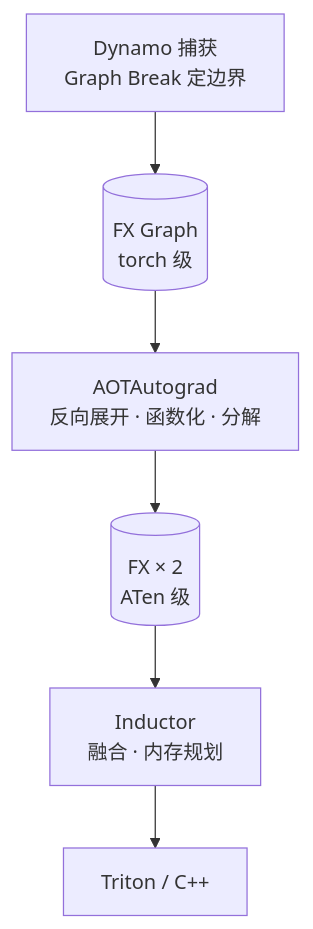
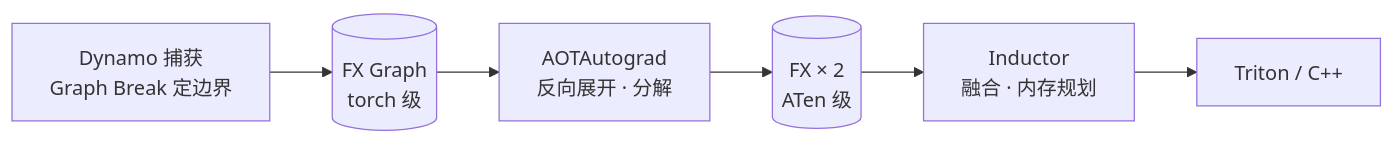
Before and after one commit to arganzheng/arganzheng.github.com: the eighth of 9 diagrams in slides/2026-02-26-deep-dive-into-pytorch.md, drawn with Mermaid. The commit also changed other lines of this file, not shown here.

Commit message:
slides(2026-02-26-deep-dive-into-pytorch): 图内文字 ≥14px——标签缩短/拆分/Unicode 数学

````diff
--- a/slides/2026-02-26-deep-dive-into-pytorch.md
+++ b/slides/2026-02-26-deep-dive-into-pytorch.md
@@ -252,7 +255,7 @@
 ```mermaid
-%%{init: {"flowchart": {"wrappingWidth": 170}}}%%
-flowchart TB
+%%{init: {"flowchart": {"wrappingWidth": 150}}}%%
+flowchart LR
     DY["Dynamo 捕获<br/>Graph Break 定边界"] --> FX1[("FX Graph<br/>torch 级")]
-    FX1 --> AOT["AOTAutograd<br/>反向展开 · 函数化 · 分解"] --> FX2[("FX × 2<br/>ATen 级")]
+    FX1 --> AOT["AOTAutograd<br/>反向展开 · 分解"] --> FX2[("FX × 2<br/>ATen 级")]
     FX2 --> IND["Inductor<br/>融合 · 内存规划"] --> CODE["Triton / C++"]
 ```
````
